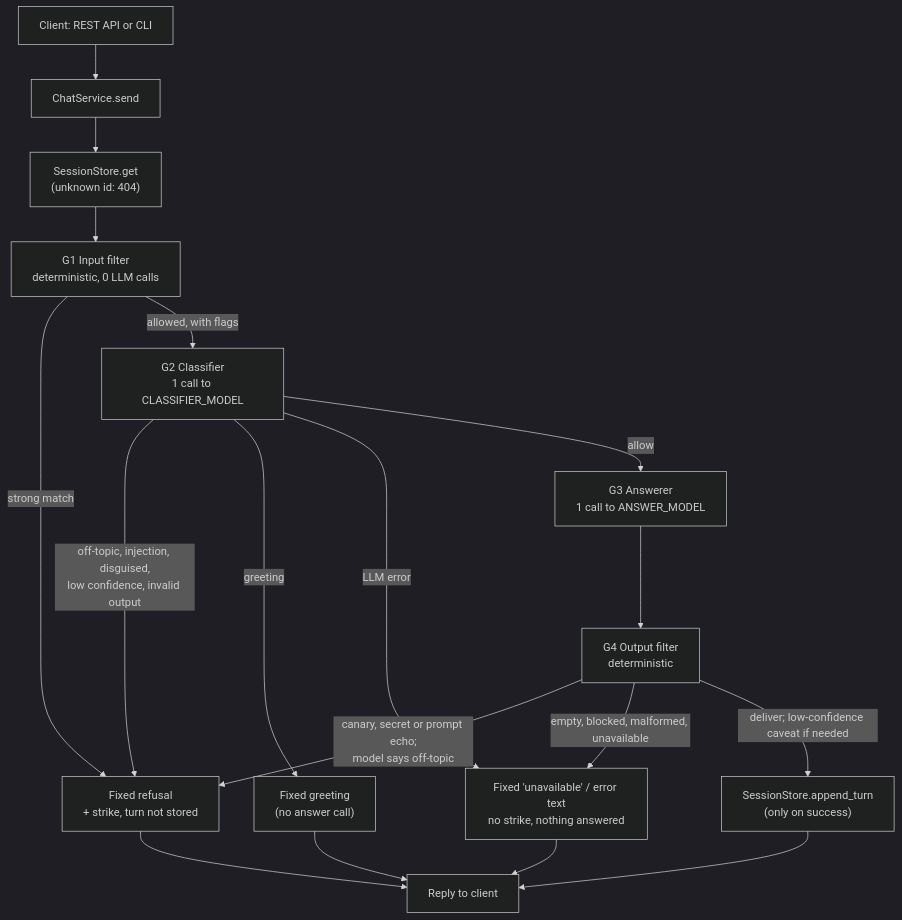
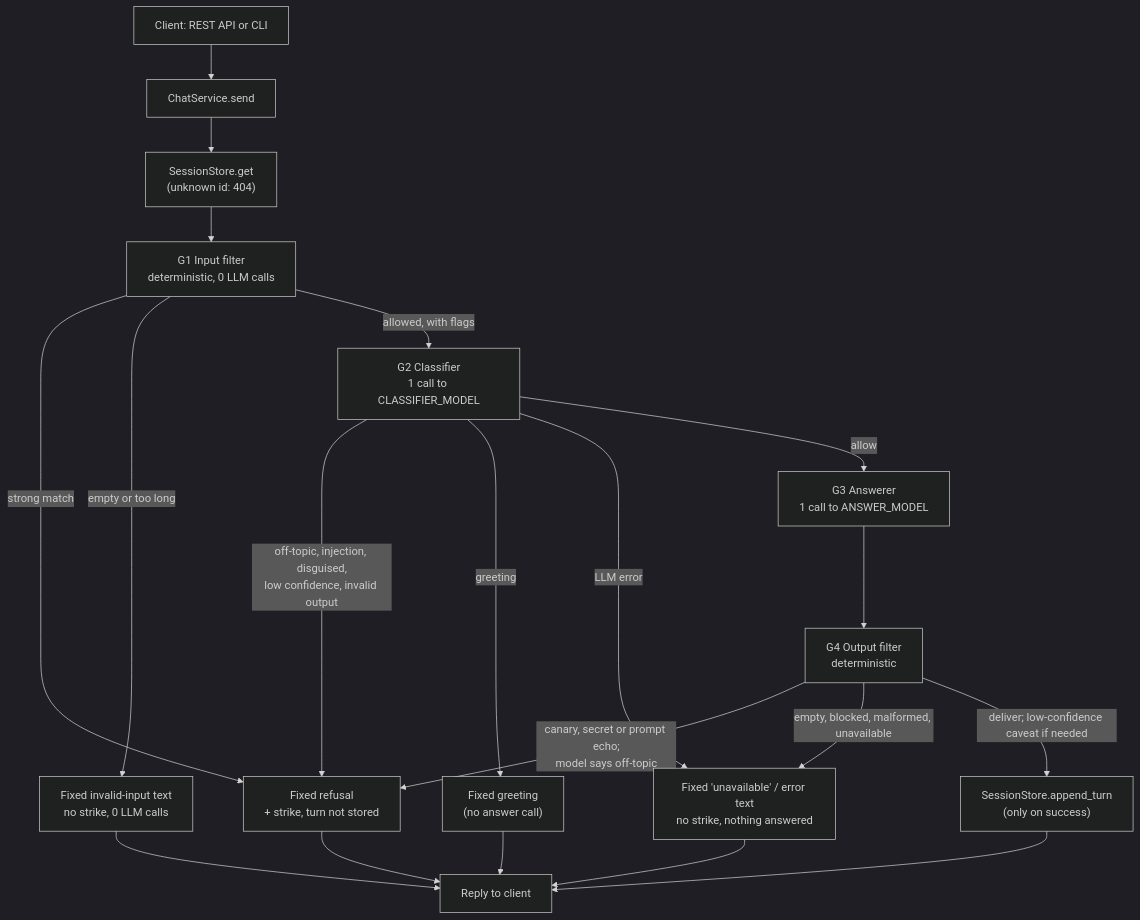
One commit to Priyadharshiniv511/energy-intelligence-chatbot changed the diagram in README.md. Above: the diagram before and after it, drawn with Mermaid (dark theme). The commit also changed other lines of this file and 20 other files, not shown here.

Commit message:
Fix live-test safety, logging and invalid-input handling;

````diff
--- a/README.md
+++ b/README.md
@@ -190,20 +198,22 @@
 ```mermaid
 flowchart TD
     C["Client: REST API or CLI"] --> S["ChatService.send"]
     S --> ST0["SessionStore.get<br/>(unknown id: 404)"]
     ST0 --> G1["G1 Input filter<br/>deterministic, 0 LLM calls"]
     G1 -->|strong match| R["Fixed refusal<br/>+ strike, turn not stored"]
+    G1 -->|empty or too long| IV["Fixed invalid-input text<br/>no strike, 0 LLM calls"]
     G1 -->|allowed, with flags| G2["G2 Classifier<br/>1 call to CLASSIFIER_MODEL"]
     G2 -->|off-topic, injection, disguised,<br/>low confidence, invalid output| R
     G2 -->|greeting| GR["Fixed greeting<br/>(no answer call)"]
     G2 -->|LLM error| E["Fixed 'unavailable' / error text<br/>no strike, nothing answered"]
     G2 -->|allow| G3["G3 Answerer<br/>1 call to ANSWER_MODEL"]
     G3 --> G4["G4 Output filter<br/>deterministic"]
     G4 -->|canary, secret or prompt echo;<br/>model says off-topic| R
     G4 -->|empty, blocked, malformed, unavailable| E
     G4 -->|deliver; low-confidence caveat if needed| A["SessionStore.append_turn<br/>(only on success)"]
     A --> OUT["Reply to client"]
     R --> OUT
     GR --> OUT
+    IV --> OUT
     E --> OUT
 ```
````
